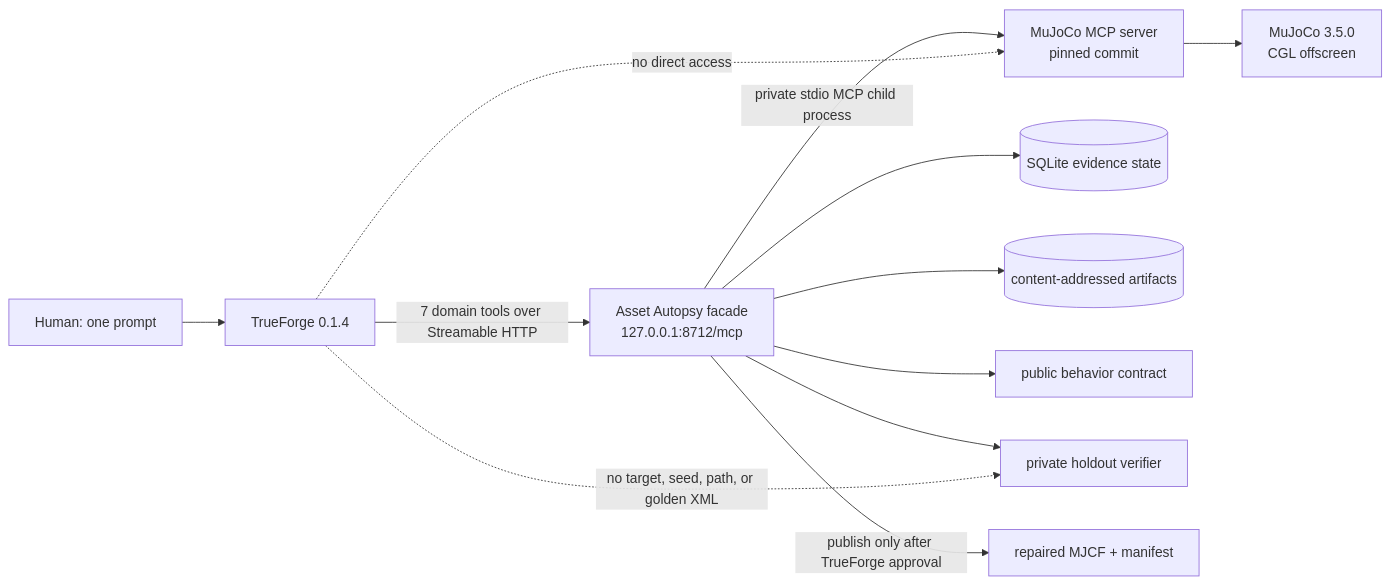
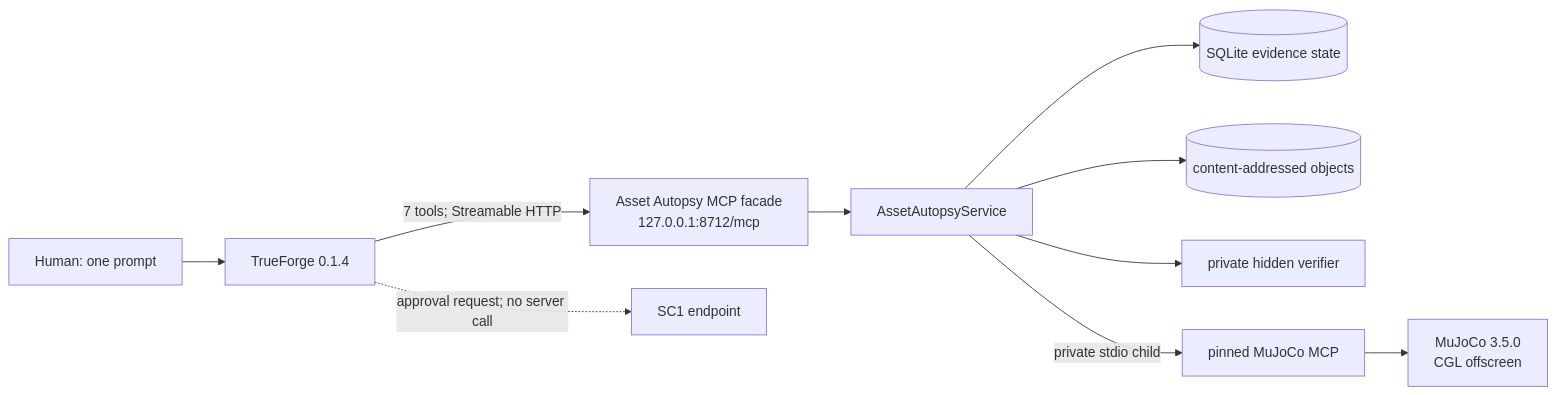
Before and after one commit to my-name-is-yu/TrueForgeHackathon: the diagram in docs/asset-autopsy-mvp-design.md, drawn with Mermaid. The commit also changed other lines of this file and 3 other files, not shown here.

````diff
--- a/docs/asset-autopsy-mvp-design.md
+++ b/docs/asset-autopsy-mvp-design.md
@@ -77,16 +42,12 @@
-~~~mermaid
+```mermaid
 flowchart LR
     U[Human: one prompt] --> TF[TrueForge 0.1.4]
-    TF -->|7 domain tools over Streamable HTTP| AA[Asset Autopsy facade<br/>127.0.0.1:8712/mcp]
-    AA -->|private stdio MCP child process| MM[MuJoCo MCP server<br/>pinned commit]
+    TF -->|7 tools; Streamable HTTP| MCP[Asset Autopsy MCP facade<br/>127.0.0.1:8712/mcp]
+    MCP --> SVC[AssetAutopsyService]
+    SVC --> DB[(SQLite evidence state)]
+    SVC --> OBJ[(content-addressed objects)]
+    SVC --> HV[private hidden verifier]
+    SVC -->|private stdio child| MM[pinned MuJoCo MCP]
     MM --> MJ[MuJoCo 3.5.0<br/>CGL offscreen]
-
-    AA --> DB[(SQLite evidence state)]
-    AA --> OBJ[(content-addressed artifacts)]
-    AA --> HC[public behavior contract]
-    AA --> HO[private holdout verifier]
-
-    TF -. no direct access .-> MM
-    TF -. no target, seed, path, or golden XML .-> HO
-    AA -->|publish only after TrueForge approval| OUT[repaired MJCF + manifest]
-~~~
+    TF -. approval request; no server call .-> STOP[SC1 endpoint]
+```
````
